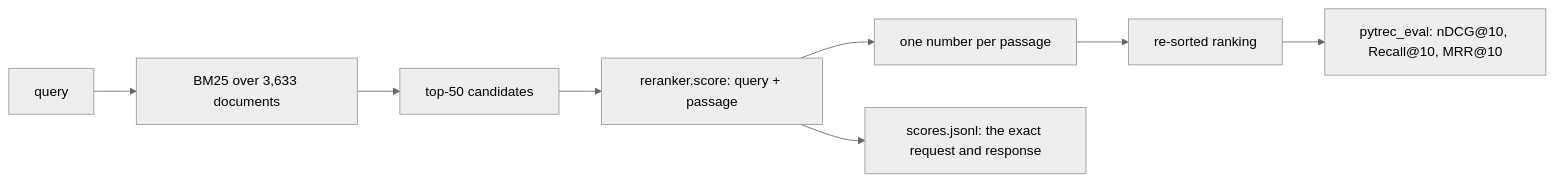
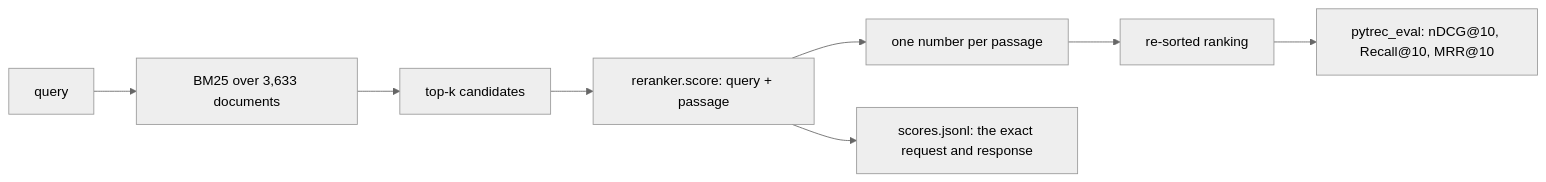
Before and after one commit to nadeem4/jev-demo: the diagram in rerank/README.md, drawn with Mermaid. The commit also changed other lines of this file and 18 other files, not shown here.

````diff
--- a/rerank/README.md
+++ b/rerank/README.md
@@ -11,11 +13,11 @@
 ```mermaid
 %%{init: {'theme': 'neutral'}}%%
 flowchart LR
     Q[query] --> B[BM25 over 3,633 documents]
-    B --> C[top-50 candidates]
+    B --> C[top-k candidates]
     C --> R[reranker.score: query + passage]
     R --> S[one number per passage]
     S --> O[re-sorted ranking]
     O --> M[pytrec_eval: nDCG@10, Recall@10, MRR@10]
     R --> W[scores.jsonl: the exact request and response]
 ```
````
